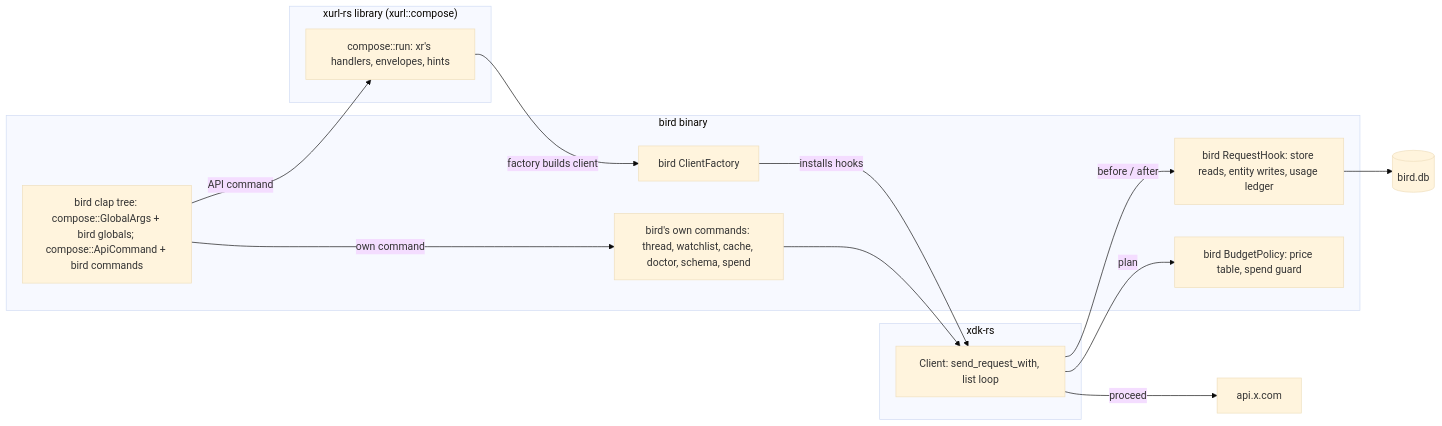
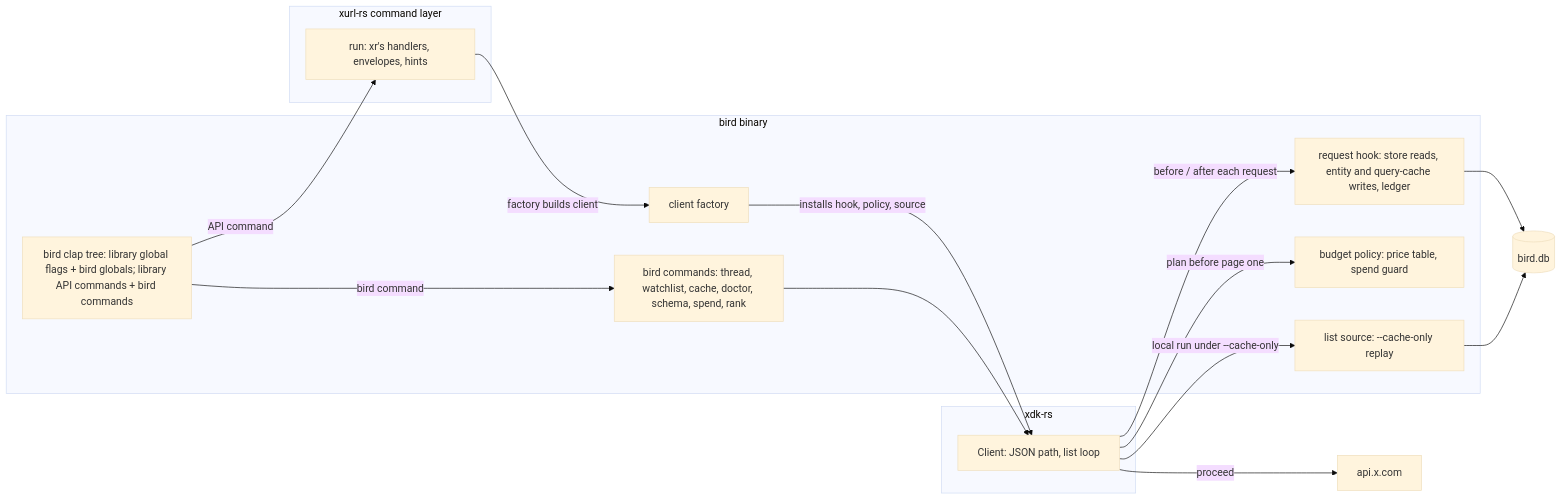
Before and after one commit to brettdavies/bird: the first of 2 diagrams in docs/plans/2026-10-22-003-feat-bird-extends-xr-plan.md, drawn with Mermaid (base theme). The commit also changed other lines of this file and 1 other file, not shown here.

First line of the commit message:
docs(plans): ask xurl-rs for the composition capabilities and add the query cache and bird rank

````diff
--- a/docs/plans/2026-10-22-003-feat-bird-extends-xr-plan.md
+++ b/docs/plans/2026-10-22-003-feat-bird-extends-xr-plan.md
@@ -247,27 +273,30 @@
 ```mermaid
 flowchart LR
   subgraph bird["bird binary"]
-    BC["bird clap tree: compose::GlobalArgs + bird globals; compose::ApiCommand + bird commands"]
-    OWN["bird's own commands: thread, watchlist, cache, doctor, schema, spend"]
-    HOOK["bird RequestHook: store reads, entity writes, usage ledger"]
-    POL["bird BudgetPolicy: price table, spend guard"]
-    FAC["bird ClientFactory"]
+    BC["bird clap tree: library global flags + bird globals; library API commands + bird commands"]
+    OWN["bird commands: thread, watchlist, cache, doctor, schema, spend, rank"]
+    HOOK["request hook: store reads, entity and query-cache writes, ledger"]
+    POL["budget policy: price table, spend guard"]
+    SRC["list source: --cache-only replay"]
+    FAC["client factory"]
   end
-  subgraph xurl["xurl-rs library (xurl::compose)"]
-    RUN["compose::run: xr's handlers, envelopes, hints"]
+  subgraph xurl["xurl-rs command layer"]
+    RUN["run: xr's handlers, envelopes, hints"]
   end
   subgraph xdk["xdk-rs"]
-    CL["Client: send_request_with, list loop"]
+    CL["Client: JSON path, list loop"]
   end
   DB[("bird.db")]
   X["api.x.com"]
   BC -->|API command| RUN
-  BC -->|own command| OWN
+  BC -->|bird command| OWN
   RUN -->|factory builds client| FAC
-  FAC -->|installs hooks| CL
+  FAC -->|installs hook, policy, source| CL
   OWN --> CL
-  CL -->|before / after| HOOK
-  CL -->|plan| POL
+  CL -->|before / after each request| HOOK
+  CL -->|plan before page one| POL
+  CL -->|local run under --cache-only| SRC
   HOOK --> DB
+  SRC --> DB
   CL -->|proceed| X
 ```
````
